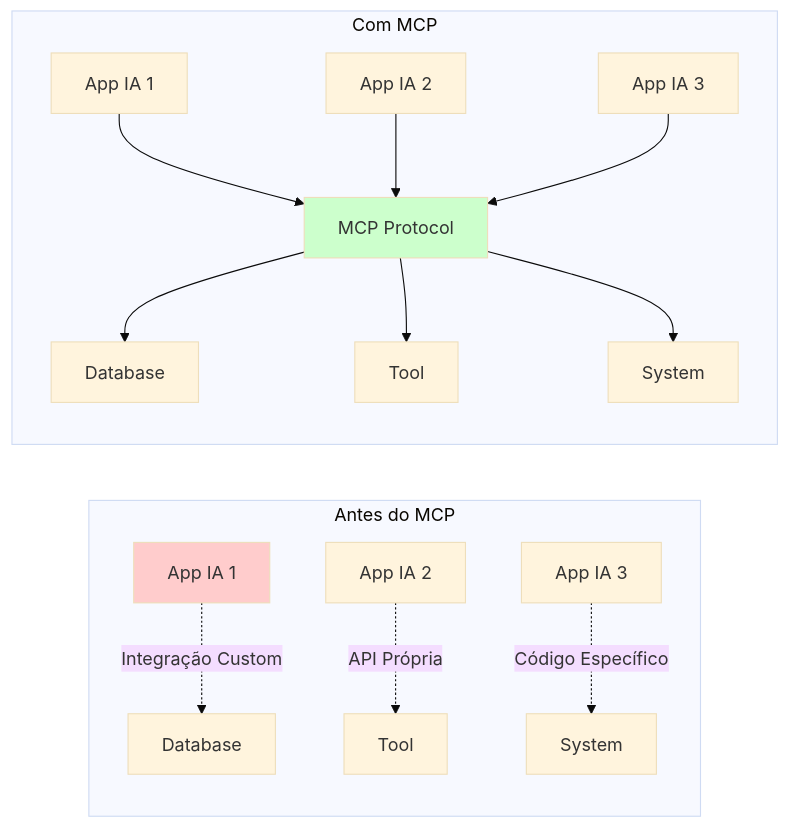
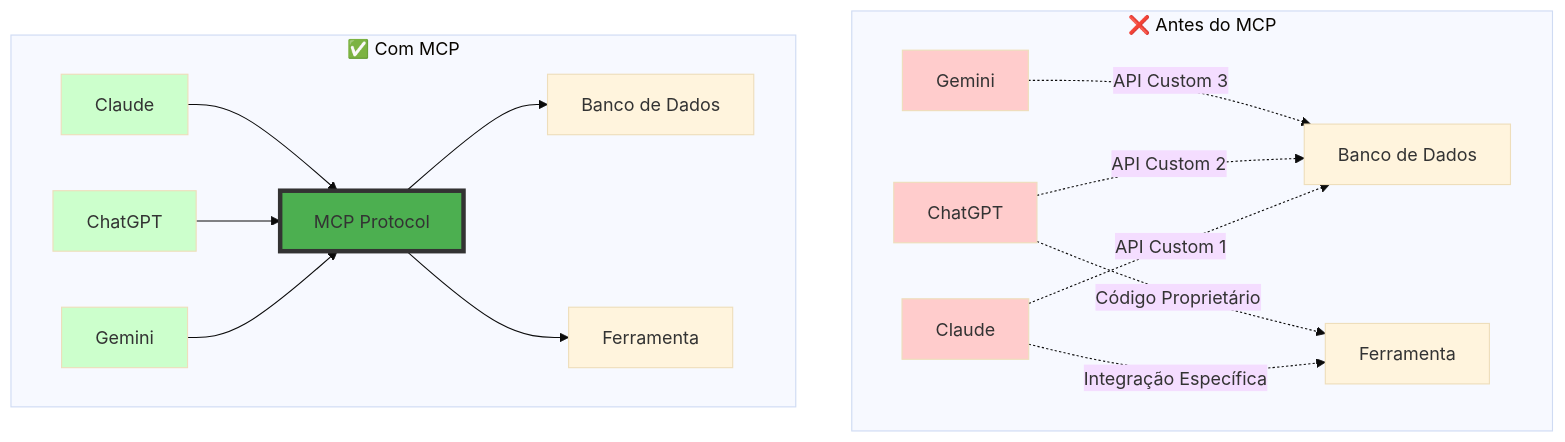
One commit to felipepimentel/my-public-notes changed the second of 26 diagrams in AI/Comunicação/MCP/00-mcp-presentation-zero to hero.md. Above: the diagram before and after it, drawn with Mermaid (base theme). The commit also changed other lines of this file, not shown here.

````diff
--- a/AI/Comunicação/MCP/00-mcp-presentation-zero to hero.md
+++ b/AI/Comunicação/MCP/00-mcp-presentation-zero to hero.md
@@ -26,20 +33,25 @@
 ```mermaid
-graph LR
-    subgraph "Antes do MCP"
-        A1[App IA 1] -.->|Integração Custom| D1[Database]
-        A2[App IA 2] -.->|API Própria| T1[Tool]
-        A3[App IA 3] -.->|Código Específico| S1[System]
+graph TD
+    subgraph "❌ Antes do MCP"
+        A1[Claude] -.->|API Custom 1| D1[Banco de Dados]
+        A2[ChatGPT] -.->|API Custom 2| D1
+        A3[Gemini] -.->|API Custom 3| D1
+        A1 -.->|Integração Específica| T1[Ferramenta]
+        A2 -.->|Código Proprietário| T1
+        style A1 fill:#ffcccc
+        style A2 fill:#ffcccc
+        style A3 fill:#ffcccc
     end
     
-    subgraph "Com MCP"
-        B1[App IA 1] --> M[MCP Protocol]
-        B2[App IA 2] --> M
-        B3[App IA 3] --> M
-        M --> D2[Database]
-        M --> T2[Tool]
-        M --> S2[System]
+    subgraph "✅ Com MCP"
+        B1[Claude] --> M[MCP Protocol]
+        B2[ChatGPT] --> M
+        B3[Gemini] --> M
+        M --> D2[Banco de Dados]
+        M --> T2[Ferramenta]
+        style M fill:#4CAF50,stroke:#333,stroke-width:4px
+        style B1 fill:#ccffcc
+        style B2 fill:#ccffcc
+        style B3 fill:#ccffcc
     end
-    
-    style A1 fill:#ffcccc
-    style M fill:#ccffcc
 ```
````
